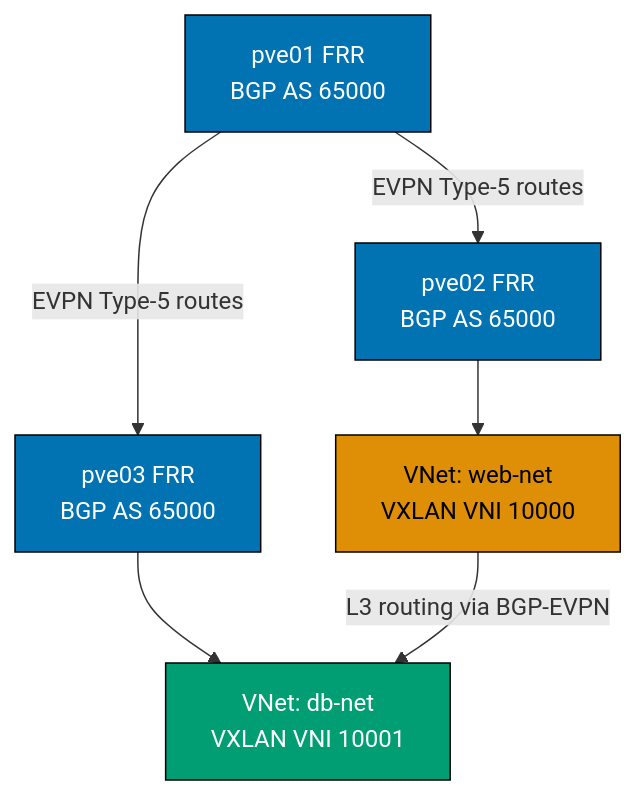
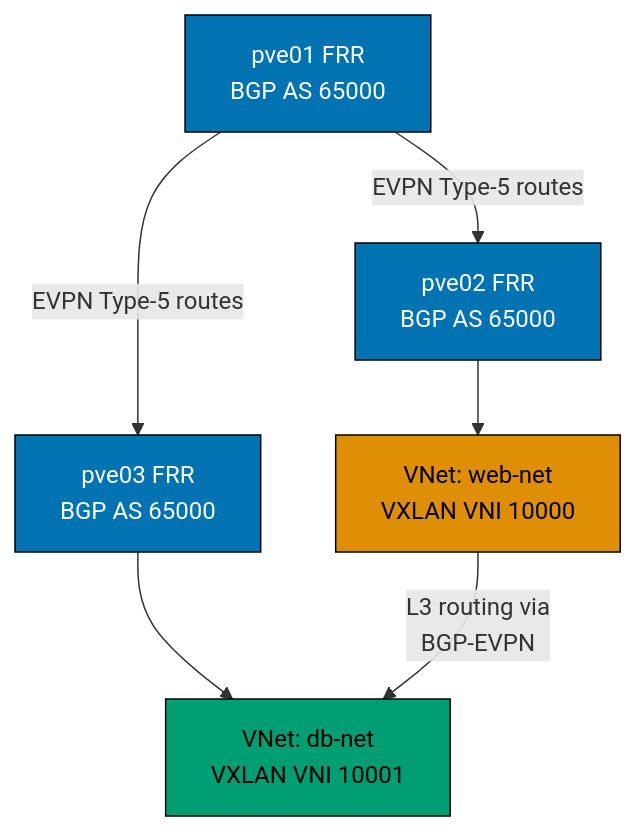
The seventh of 9 diagrams in apps/ayokoding-www/content/en/learn/legacy/software-engineering/infrastructure/tools/proxmox/by-example/intermediate.md (wahidyankf/ose-public), drawn with Mermaid before and after one commit. The commit also changed other lines of this file and 131 other files, not shown here.

First line of the commit message:
fix(mermaid): bring the legacy data, infrastructure, and testing diagrams onto the accessible palette

````diff
--- a/apps/ayokoding-www/content/en/learn/legacy/software-engineering/infrastructure/tools/proxmox/by-example/intermediate.md
+++ b/apps/ayokoding-www/content/en/learn/legacy/software-engineering/infrastructure/tools/proxmox/by-example/intermediate.md
@@ -911,15 +954,21 @@
 ```mermaid
 %% Color Palette: Blue #0173B2, Orange #DE8F05, Teal #029E73, Purple #CC78BC, Brown #CA9161
 graph TD
+    accTitle: Example 45: Configure BGP-EVPN Zone for Routed L3 SDN
+    accDescr: Graph with 5 nodes and 5 connections. Nodes: pve01 FRR BGP AS 65000, pve02 FRR BGP AS 65000, pve03 FRR BGP AS 65000, VNet: web-net VXLAN VNI 10000, VNet: db-net VXLAN VNI 10001. Connections: pve01 FRR BGP AS 65000 to pve02 FRR BGP AS 65000 (EVPN Type-5 routes), pve01 FRR BGP AS 65000 to pve03 FRR BGP AS 65000 (EVPN Type-5 routes), pve02 FRR BGP AS 65000 to VNet: web-net VXLAN VNI 10000, pve03 FRR BGP AS 65000 to VNet: db-net VXLAN VNI 10001, VNet: web-net VXLAN VNI 10000 to VNet: db-net VXLAN VNI 10001 (L3 routing via BGP-EVPN).
     A["pve01 FRR<br/>BGP AS 65000"] -->|EVPN Type-5 routes| B["pve02 FRR<br/>BGP AS 65000"]
     A -->|EVPN Type-5 routes| C["pve03 FRR<br/>BGP AS 65000"]
     B --> D["VNet: web-net<br/>VXLAN VNI 10000"]
     C --> E["VNet: db-net<br/>VXLAN VNI 10001"]
-    D -->|"L3 routing via BGP-EVPN"| E
+    D -->|"L3 routing via<br/>BGP-EVPN"| E
 
-    style A fill:#0173B2,color:#fff,stroke:#000
-    style B fill:#0173B2,color:#fff,stroke:#000
-    style C fill:#0173B2,color:#fff,stroke:#000
-    style D fill:#DE8F05,color:#000,stroke:#000
-    style E fill:#029E73,color:#fff,stroke:#000
+    classDef pal-0173B2 fill:#0173B2,stroke:#000000,color:#FFFFFF
+    class A pal-0173B2
+    class B pal-0173B2
+    class C pal-0173B2
+    classDef pal-DE8F05 fill:#DE8F05,stroke:#000000,color:#000000
+    class D pal-DE8F05
+    classDef pal-029E73 fill:#029E73,stroke:#000000,color:#000000
+    class E pal-029E73
+    classDef default fill:#FFFFFF,stroke:#000000,color:#000000
 ```
````
